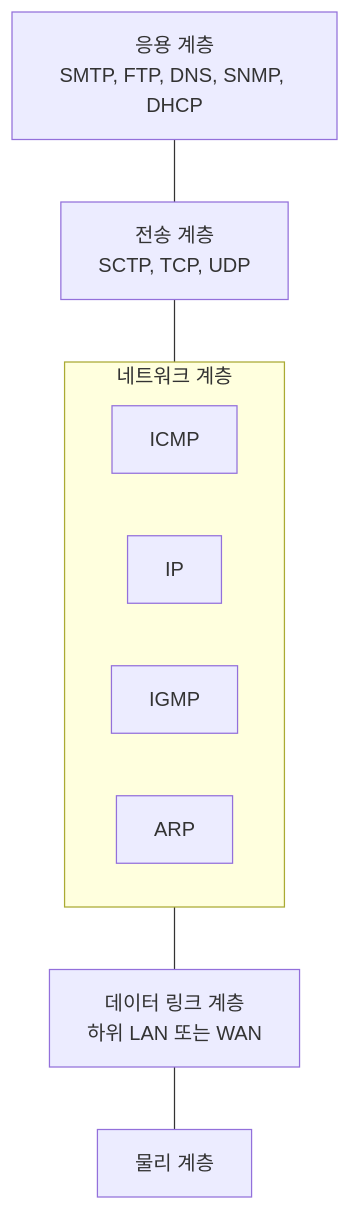
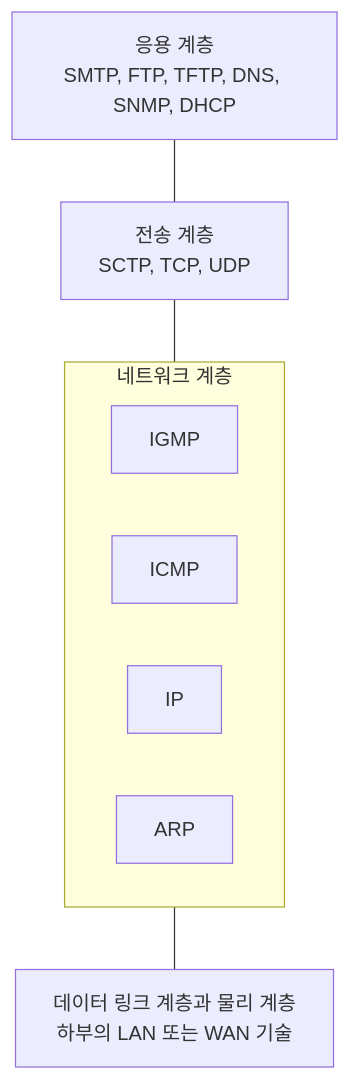
One commit to Choroning/25Spring_Computer-Networks changed the first of 4 diagrams in Lecture-Notes/Ch11_Internet-Protocol-IPv4/Concepts_Lecture.ko.md. Above: the diagram before and after it, drawn with Mermaid. The commit also changed other lines of this file and 43 other files, not shown here.

````diff
--- a/Lecture-Notes/Ch11_Internet-Protocol-IPv4/Concepts_Lecture.ko.md
+++ b/Lecture-Notes/Ch11_Internet-Protocol-IPv4/Concepts_Lecture.ko.md
@@ -53,17 +79,15 @@
 ```mermaid
 graph TD
-    APP["응용 계층<br/>SMTP, FTP, DNS, SNMP, DHCP"]
+    APP["응용 계층<br/>SMTP, FTP, TFTP, DNS, SNMP, DHCP"]
     TRN["전송 계층<br/>SCTP, TCP, UDP"]
     subgraph NET["네트워크 계층"]
+        IGMP["IGMP"]
         ICMP["ICMP"]
         IP["IP"]
-        IGMP["IGMP"]
         ARP["ARP"]
     end
-    DL["데이터 링크 계층<br/>하위 LAN 또는 WAN"]
-    PHY["물리 계층"]
+    DL["데이터 링크 계층과 물리 계층<br/>하부의 LAN 또는 WAN 기술"]
     APP --- TRN
     TRN --- NET
     NET --- DL
-    DL --- PHY
 ```
````
